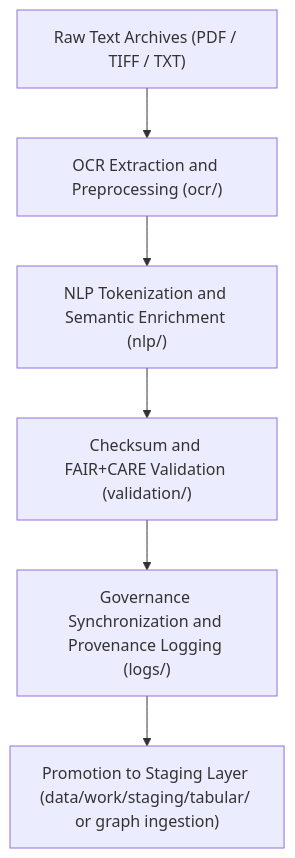
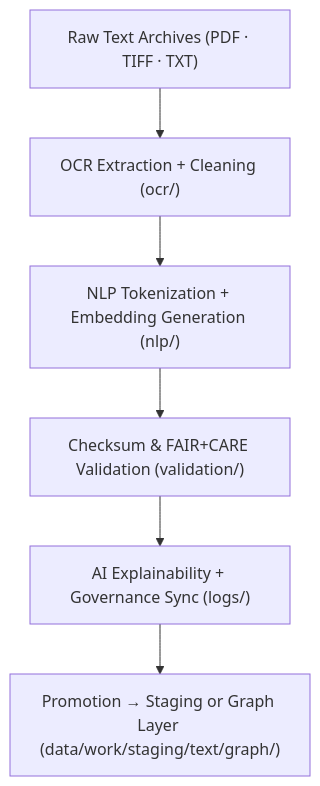
Before and after one commit to bartytime4life/Kansas-Frontier-Matrix: the diagram in data/work/tmp/text/README.md, drawn with Mermaid. The commit also changed other lines of this file, not shown here.

````diff
--- a/data/work/tmp/text/README.md
+++ b/data/work/tmp/text/README.md
@@ -79,8 +83,8 @@
 ```mermaid
 flowchart TD
-    A["Raw Text Archives (PDF / TIFF / TXT)"] --> B["OCR Extraction and Preprocessing (ocr/)"]
-    B --> C["NLP Tokenization and Semantic Enrichment (nlp/)"]
-    C --> D["Checksum and FAIR+CARE Validation (validation/)"]
-    D --> E["Governance Synchronization and Provenance Logging (logs/)"]
-    E --> F["Promotion to Staging Layer (data/work/staging/tabular/ or graph ingestion)"]
+    A["Raw Text Archives (PDF · TIFF · TXT)"] --> B["OCR Extraction + Cleaning (ocr/)"]
+    B --> C["NLP Tokenization + Embedding Generation (nlp/)"]
+    C --> D["Checksum & FAIR+CARE Validation (validation/)"]
+    D --> E["AI Explainability + Governance Sync (logs/)"]
+    E --> F["Promotion → Staging or Graph Layer (data/work/staging/text/graph/)"]
 ```
````
